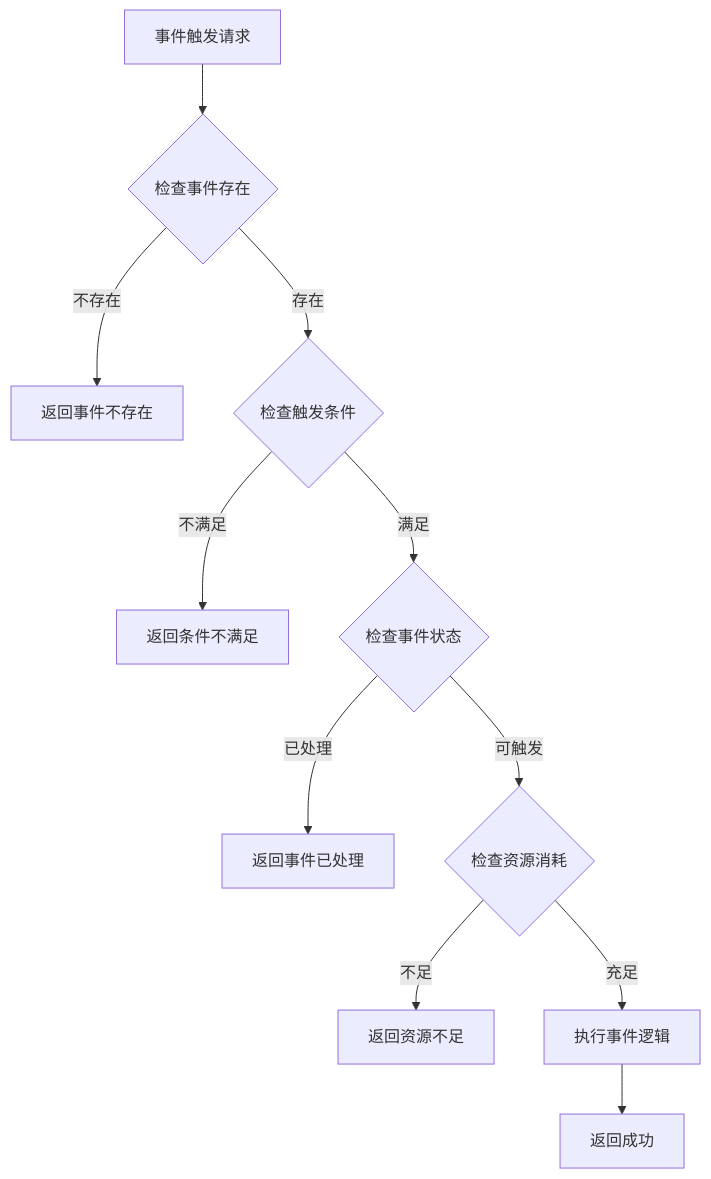
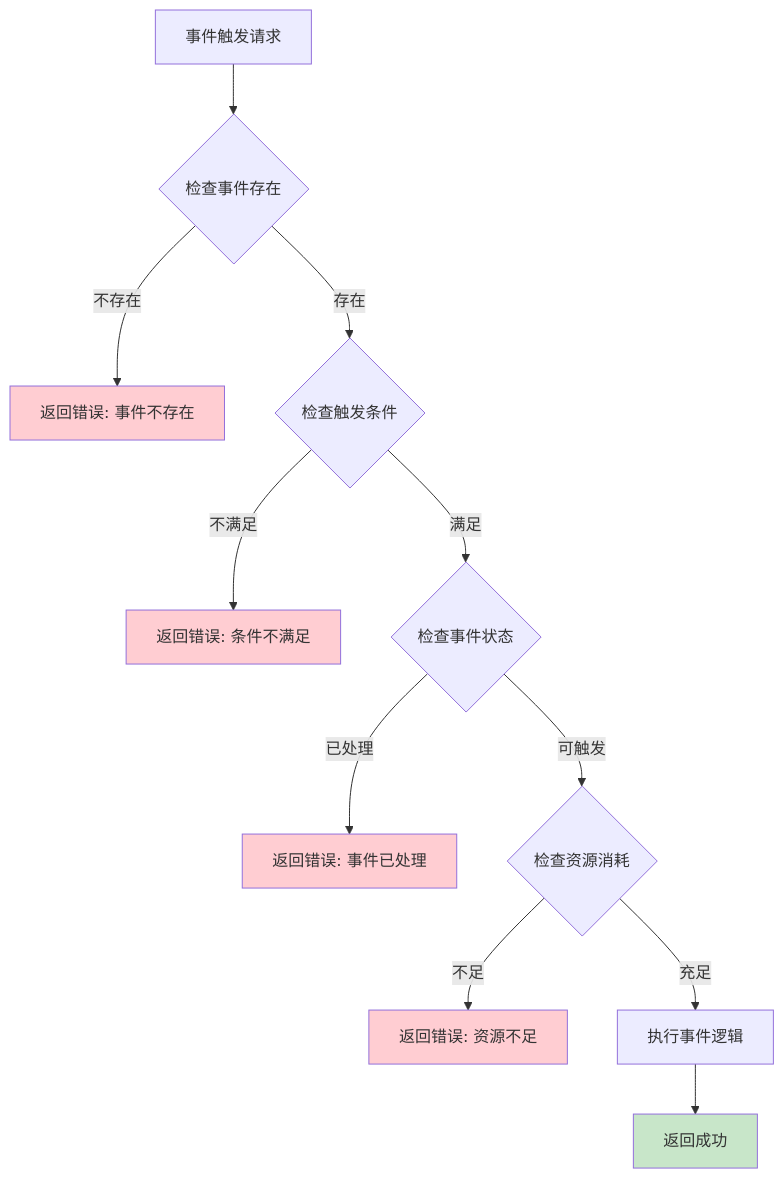
One commit to Alan-Ben/k2c_game_framework changed the fourth of 5 diagrams in docs/Module_Ancecdote/06_实现细节.md. Above: the diagram before and after it, drawn with Mermaid. The commit also changed other lines of this file and 5 other files, not shown here.

````diff
--- a/docs/Module_Ancecdote/06_实现细节.md
+++ b/docs/Module_Ancecdote/06_实现细节.md
@@ -210,13 +736,19 @@
 ```mermaid
 flowchart TD
     A[事件触发请求] --> B{检查事件存在}
-    B -->|不存在| C[返回事件不存在]
+    B -->|不存在| C[返回错误: 事件不存在]
     B -->|存在| D{检查触发条件}
-    D -->|不满足| E[返回条件不满足]
+    D -->|不满足| E[返回错误: 条件不满足]
     D -->|满足| F{检查事件状态}
-    F -->|已处理| G[返回事件已处理]
+    F -->|已处理| G[返回错误: 事件已处理]
     F -->|可触发| H{检查资源消耗}
-    H -->|不足| I[返回资源不足]
+    H -->|不足| I[返回错误: 资源不足]
     H -->|充足| J[执行事件逻辑]
     J --> K[返回成功]
+
+    style C fill:#ffcdd2
+    style E fill:#ffcdd2
+    style G fill:#ffcdd2
+    style I fill:#ffcdd2
+    style K fill:#c8e6c9
 ```
````
